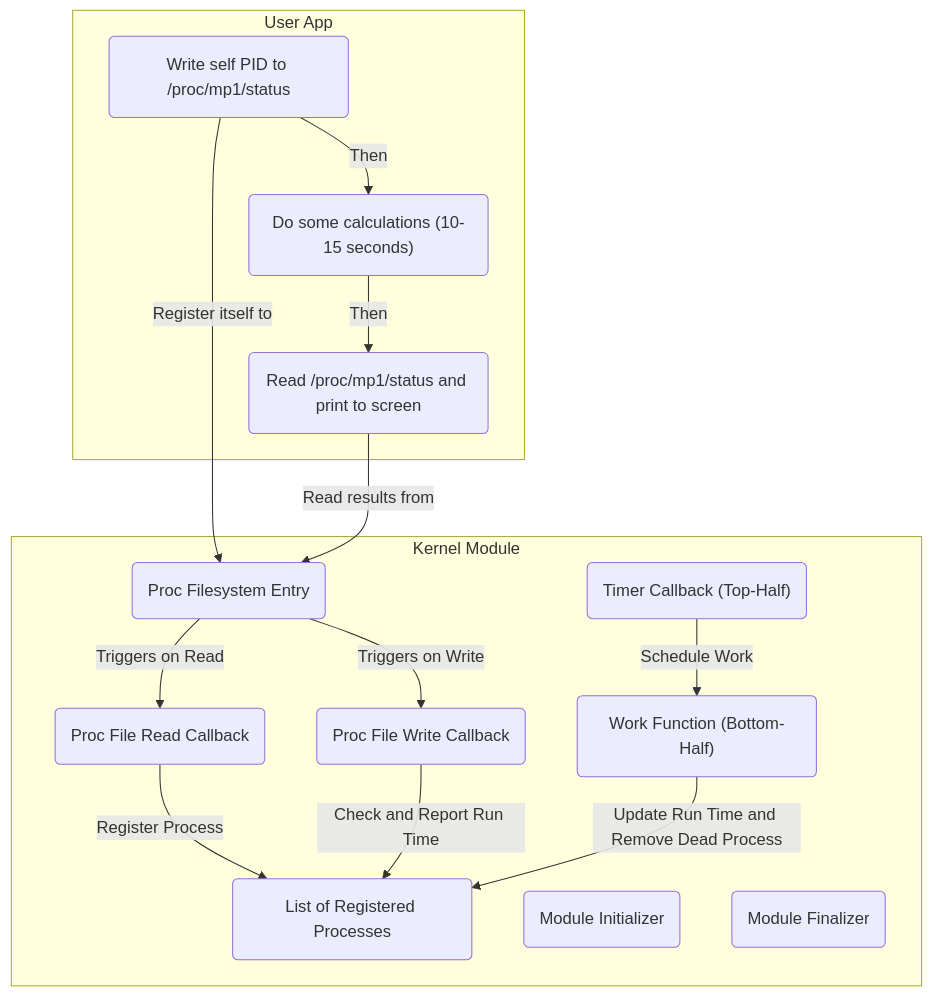
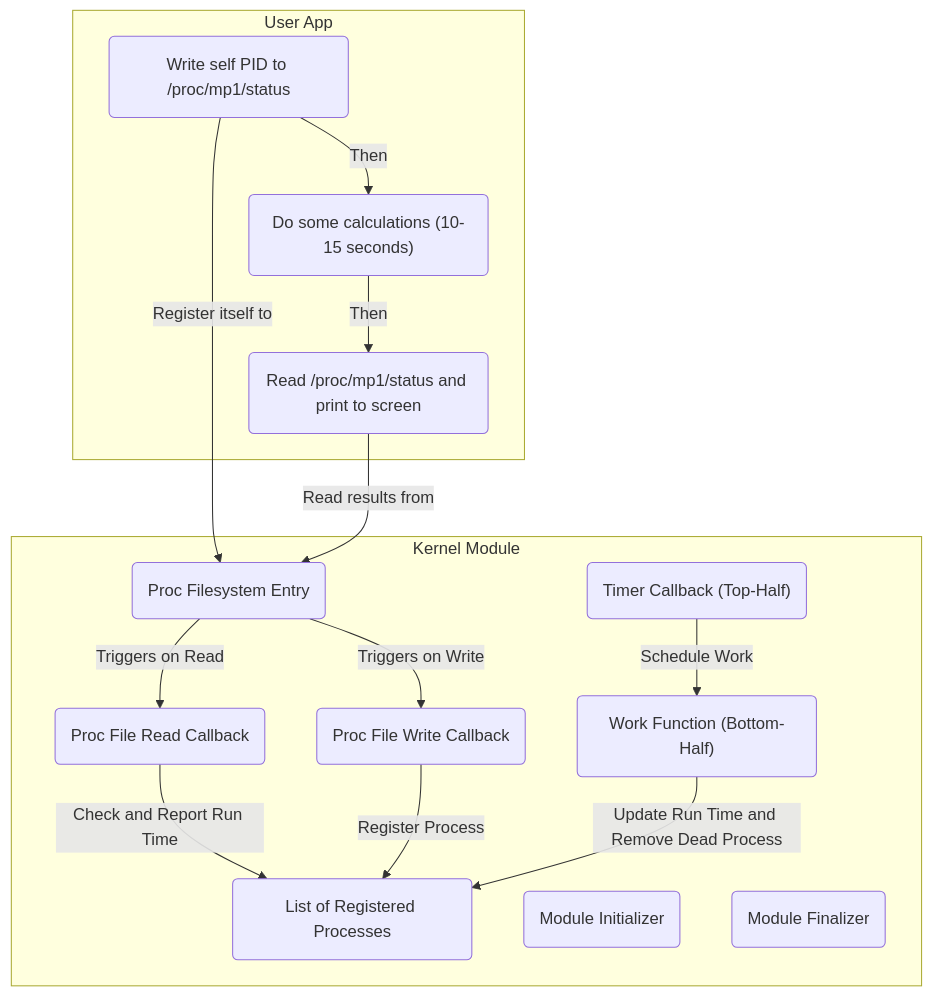
The diagram in fall24/mps/MP1.md (cs423-uiuc/cs423-uiuc.github.io), drawn with Mermaid before and after one commit.

Commit message:
Change illustration for read and write call back

````diff
--- a/fall24/mps/MP1.md
+++ b/fall24/mps/MP1.md
@@ -121,22 +121,22 @@
 ```mermaid
 flowchart TB
     subgraph User App
         writepid("Write self PID to /proc/mp1/status")
         --"Then"-->work("Do some calculations (10-15 seconds)")
         --"Then"-->readpid("Read /proc/mp1/status and print to screen")
     end
 
     subgraph Kernel Module
-        readproc("Proc File Read Callback")--"Register Process"-->list("List of Registered Processes")
-        writeproc("Proc File Write Callback")--"Check and Report Run Time"-->list
+        readproc("Proc File Read Callback")--"Check and Report Run Time"-->list("List of Registered Processes")
+        writeproc("Proc File Write Callback")--"Register Process"-->list
         upper("Timer Callback (Top-Half)")--"Schedule Work"-->lower("Work Function (Bottom-Half)")
         procfile("Proc Filesystem Entry")--"Triggers on Read"-->readproc
         procfile--"Triggers on Write"-->writeproc
         lower--"Update Run Time and Remove Dead Process"-->list
         init("Module Initializer")
         fini("Module Finalizer")
     end
 
     writepid --"Register itself to"-->procfile
     readpid--"Read results from"-->procfile
 ```
````
